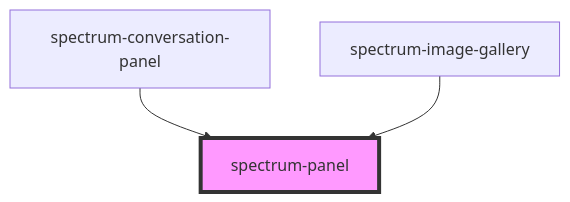
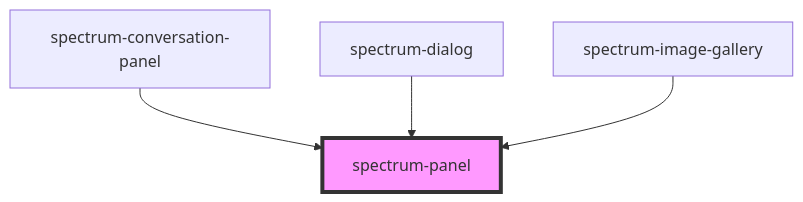
The diagram in packages/core/src/components/spectrum-panel/readme.md (emamirelar/spectrum), drawn with Mermaid before and after one commit. The commit also changed other lines of this file and 52 other files, not shown here.

````diff
--- a/packages/core/src/components/spectrum-panel/readme.md
+++ b/packages/core/src/components/spectrum-panel/readme.md
@@ -38,6 +39,7 @@
 ```mermaid
 graph TD;
   spectrum-conversation-panel --> spectrum-panel
+  spectrum-dialog --> spectrum-panel
   spectrum-image-gallery --> spectrum-panel
   style spectrum-panel fill:#f9f,stroke:#333,stroke-width:4px
 ```
````
